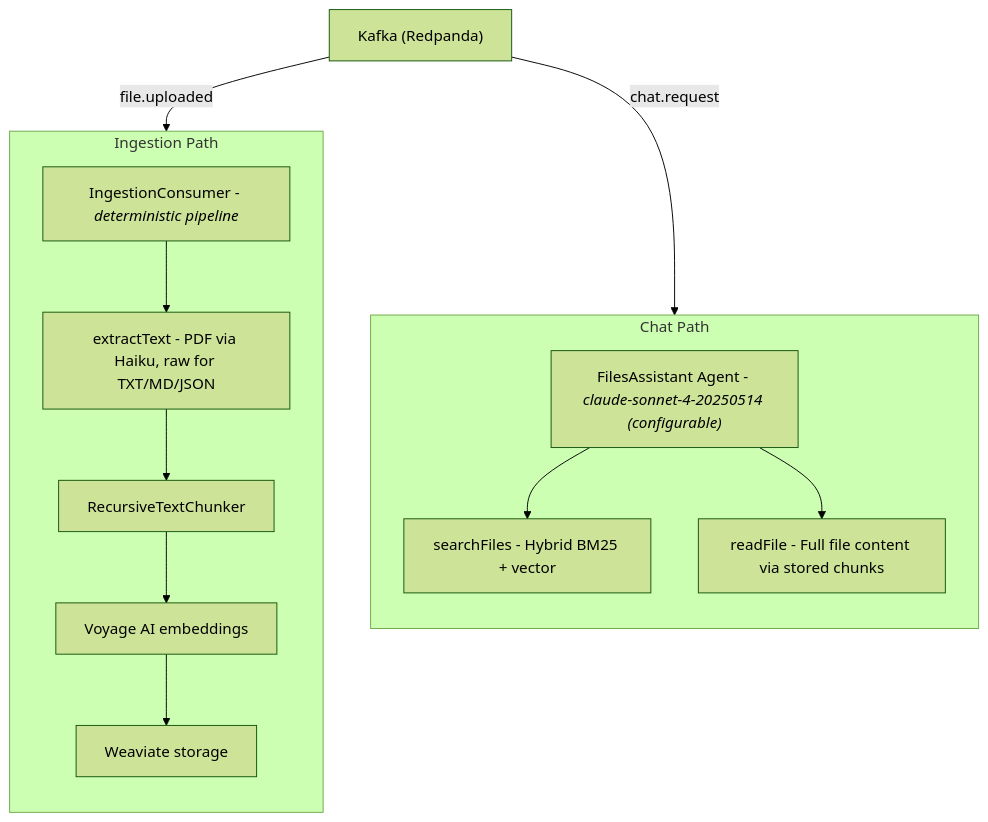
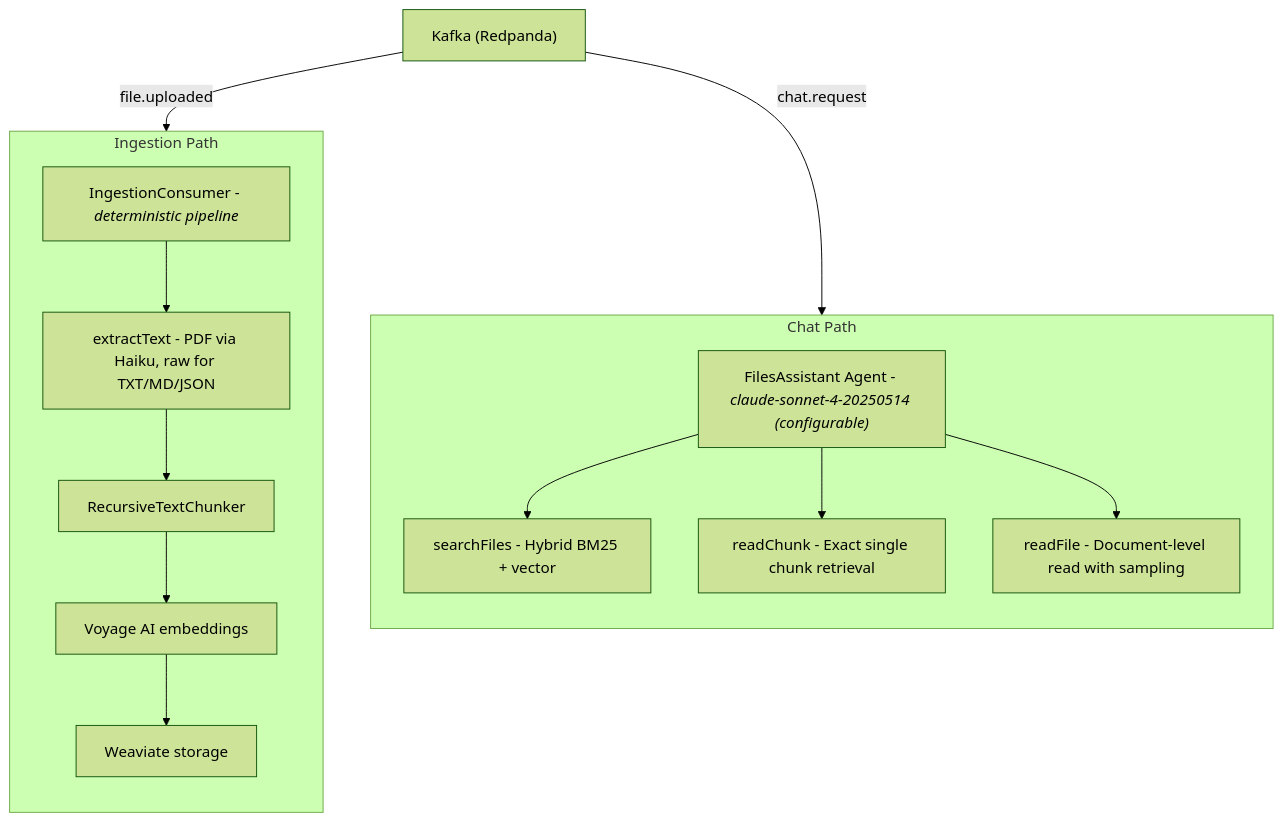
One commit to JackTran15/files-assistant-system changed the first of 6 diagrams in docs/scenarios.md. Above: the diagram before and after it, drawn with Mermaid (forest theme). The commit also changed other lines of this file and 11 other files, not shown here.

First line of the commit message:
feat: add readChunk tool for exact chunk retrieval and enhance citation handling

````diff
--- a/docs/scenarios.md
+++ b/docs/scenarios.md
@@ -26,28 +26,30 @@
 ```mermaid
 graph TB
     subgraph ChatPath["Chat Path"]
         direction TB
         FA["FilesAssistant Agent - <i>claude-sonnet-4-20250514 (configurable)</i>"]
         T1["searchFiles - Hybrid BM25 + vector"]
-        T2["readFile - Full file content via stored chunks"]
+        T2["readChunk - Exact single chunk retrieval"]
+        T3["readFile - Document-level read with sampling"]
         FA --> T1
         FA --> T2
+        FA --> T3
     end
 
     subgraph IngestionPath["Ingestion Path"]
         direction TB
         IC["IngestionConsumer - <i>deterministic pipeline</i>"]
         S1["extractText - PDF via Haiku, raw for TXT/MD/JSON"]
         S2["RecursiveTextChunker"]
         S3["Voyage AI embeddings"]
         S4["Weaviate storage"]
         IC --> S1
         S1 --> S2
         S2 --> S3
         S3 --> S4
     end
 
     Kafka["Kafka (Redpanda)"]
     Kafka -->|"chat.request"| FA
     Kafka -->|"file.uploaded"| IC
 ```
````
